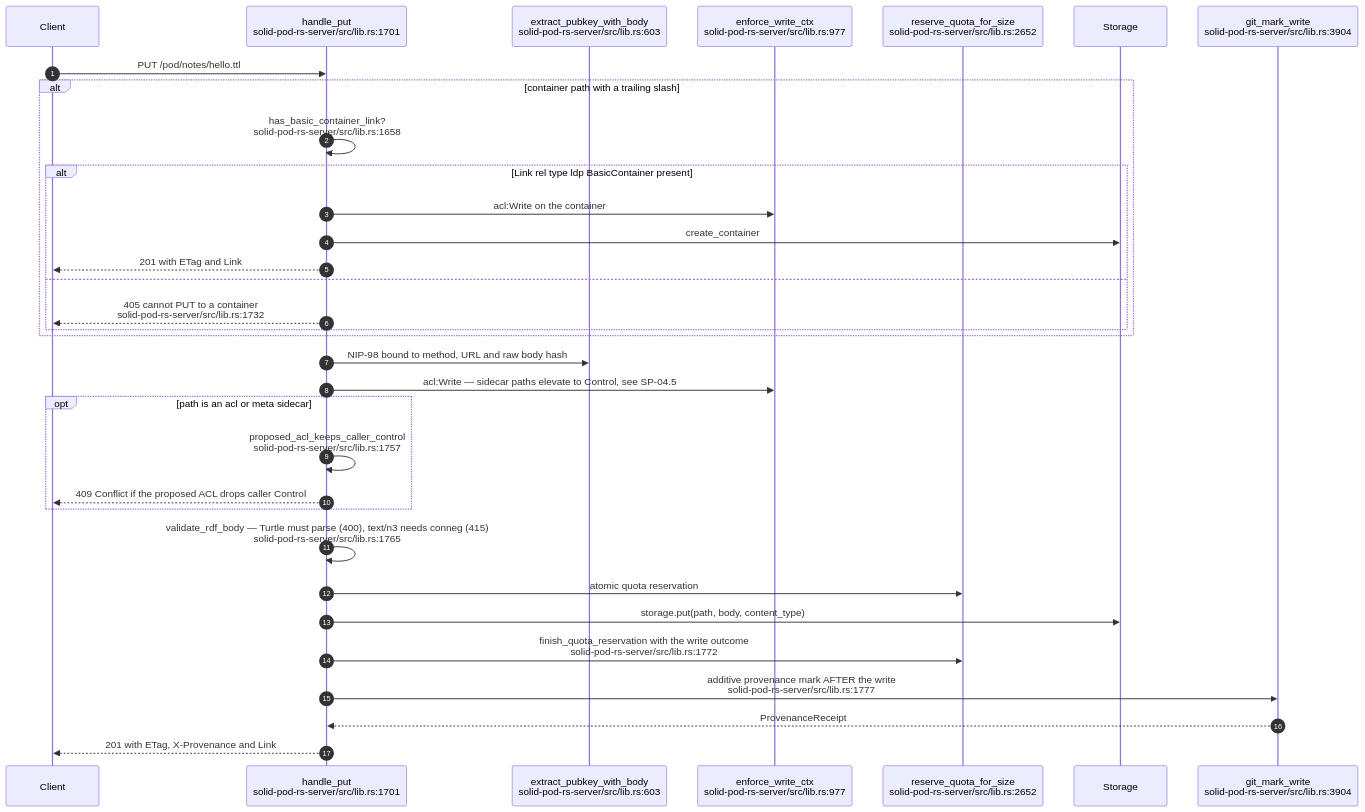
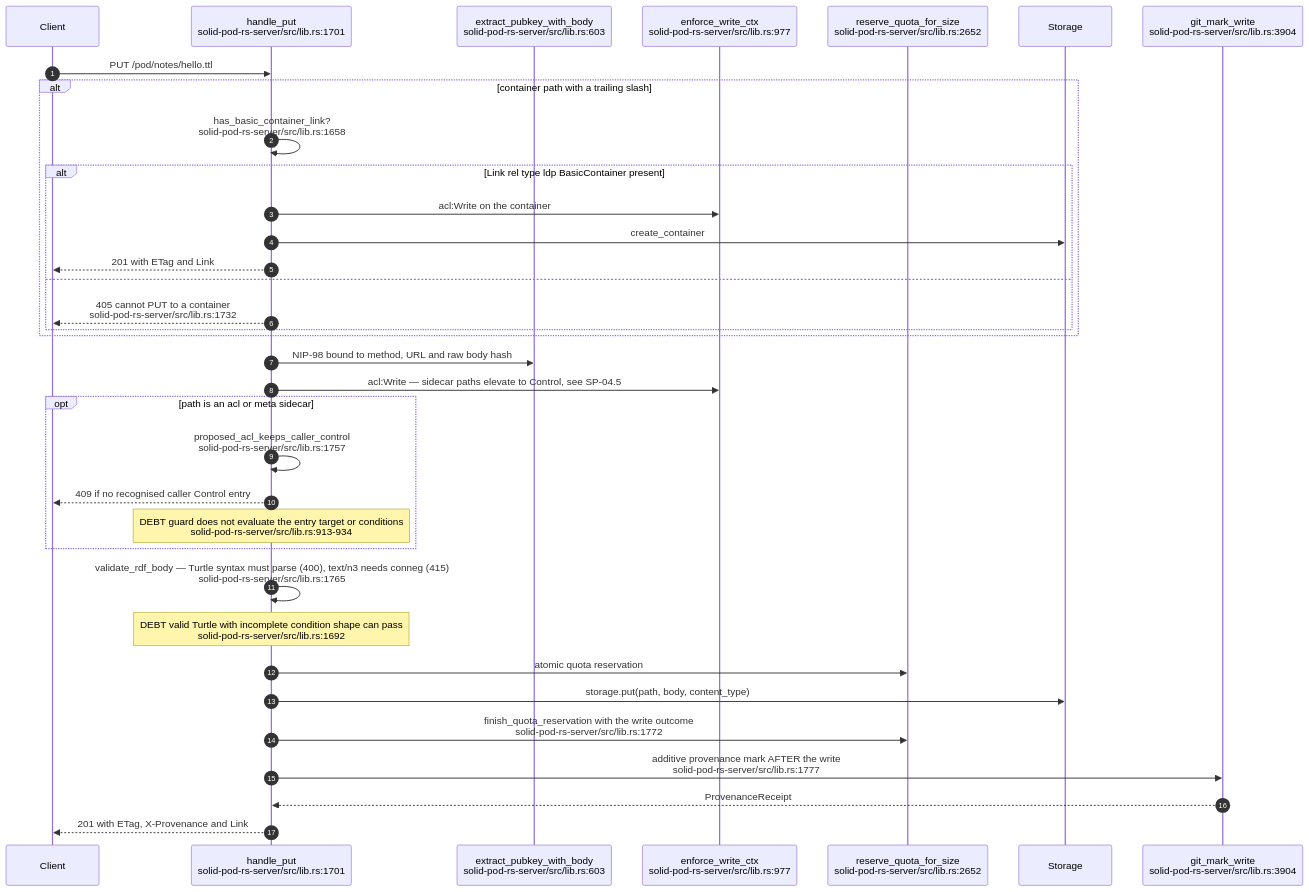
One commit to DreamLab-AI/VisionFlow changed the third of 11 diagrams in docs/diagrams/solid-pod-rs/03-ldp-request-lifecycle.md. Above: the diagram before and after it, drawn with Mermaid. The commit also changed other lines of this file and 30 other files, not shown here.

Commit message:
docs: audit Solid HTTP ACL admission and delivery contracts

````diff
--- a/docs/diagrams/solid-pod-rs/03-ldp-request-lifecycle.md
+++ b/docs/diagrams/solid-pod-rs/03-ldp-request-lifecycle.md
@@ -84,36 +86,38 @@
 ```mermaid
 sequenceDiagram
     autonumber
     participant C as Client
     participant P as handle_put<br/>solid-pod-rs-server/src/lib.rs:1701
     participant AU as extract_pubkey_with_body<br/>solid-pod-rs-server/src/lib.rs:603
     participant W as enforce_write_ctx<br/>solid-pod-rs-server/src/lib.rs:977
     participant Q as reserve_quota_for_size<br/>solid-pod-rs-server/src/lib.rs:2652
     participant S as Storage
     participant GM as git_mark_write<br/>solid-pod-rs-server/src/lib.rs:3904
 
     C->>P: PUT /pod/notes/hello.ttl
     alt container path with a trailing slash
         P->>P: has_basic_container_link?<br/>solid-pod-rs-server/src/lib.rs:1658
         alt Link rel type ldp BasicContainer present
             P->>W: acl:Write on the container
             P->>S: create_container
             P-->>C: 201 with ETag and Link
         else
             P-->>C: 405 cannot PUT to a container<br/>solid-pod-rs-server/src/lib.rs:1732
         end
     end
     P->>AU: NIP-98 bound to method, URL and raw body hash
     P->>W: acl:Write — sidecar paths elevate to Control, see SP-04.5
     opt path is an acl or meta sidecar
         P->>P: proposed_acl_keeps_caller_control<br/>solid-pod-rs-server/src/lib.rs:1757
-        P-->>C: 409 Conflict if the proposed ACL drops caller Control
+        P-->>C: 409 if no recognised caller Control entry
+        Note over P: DEBT guard does not evaluate the entry target or conditions<br/>solid-pod-rs-server/src/lib.rs:913-934
     end
-    P->>P: validate_rdf_body — Turtle must parse (400), text/n3 needs conneg (415)<br/>solid-pod-rs-server/src/lib.rs:1765
+    P->>P: validate_rdf_body — Turtle syntax must parse (400), text/n3 needs conneg (415)<br/>solid-pod-rs-server/src/lib.rs:1765
+    Note over P: DEBT valid Turtle with incomplete condition shape can pass<br/>solid-pod-rs-server/src/lib.rs:1692
     P->>Q: atomic quota reservation
     P->>S: storage.put(path, body, content_type)
     P->>Q: finish_quota_reservation with the write outcome<br/>solid-pod-rs-server/src/lib.rs:1772
     P->>GM: additive provenance mark AFTER the write<br/>solid-pod-rs-server/src/lib.rs:1777
     GM-->>P: ProvenanceReceipt
     P-->>C: 201 with ETag, X-Provenance and Link
 ```
````
